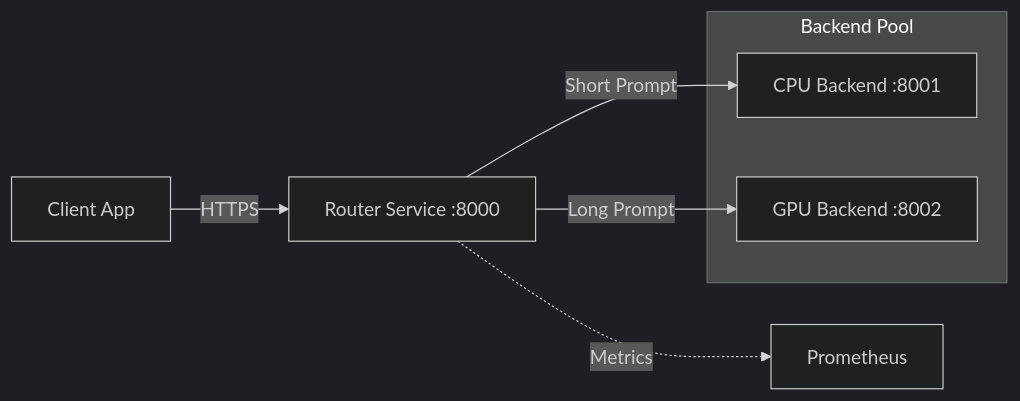
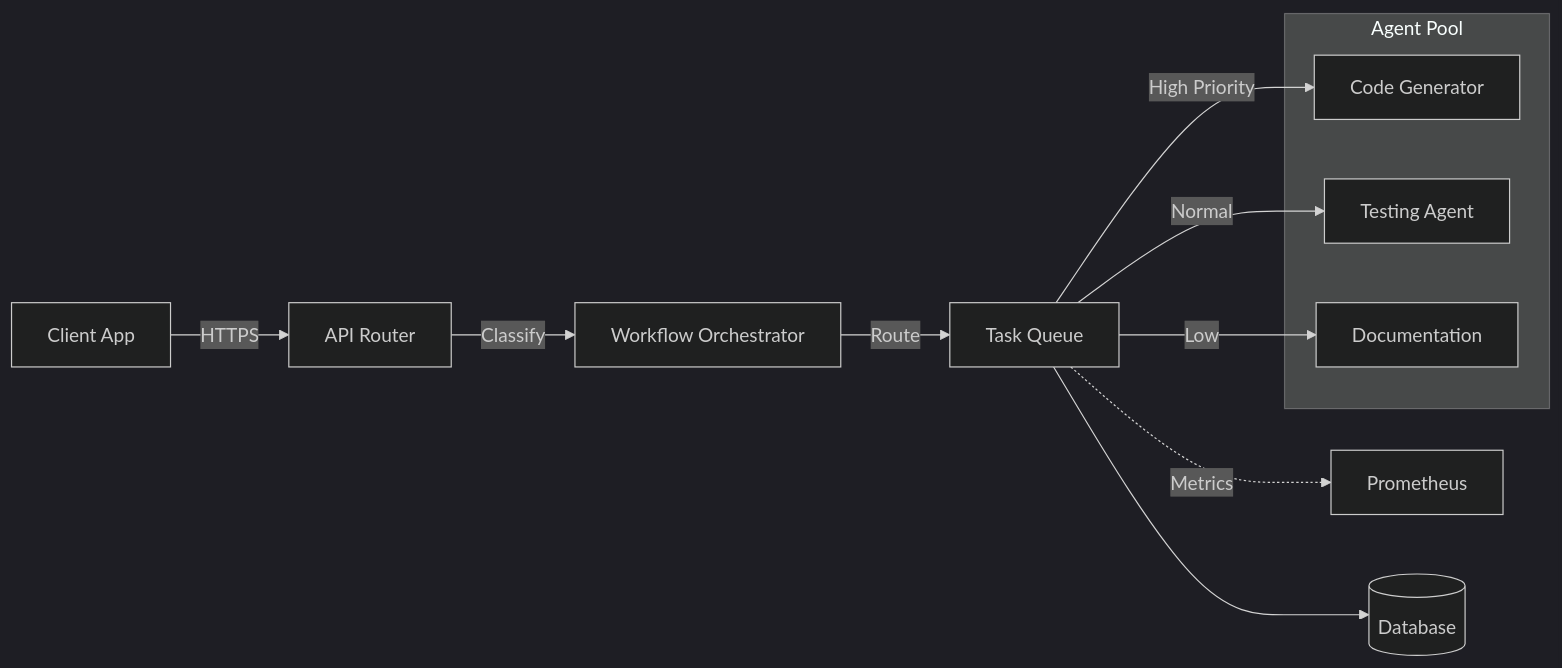
The diagram in README.md (any-oss/Solution), drawn with Mermaid (dark theme) before and after one commit. The commit also changed other lines of this file and 55 other files, not shown here.

````diff
--- a/README.md
+++ b/README.md
@@ -24,13 +43,19 @@
 ```mermaid
 graph LR
-    Client[Client App] -->|HTTPS| Proxy[Router Service :8000]
-    Proxy -->|Short Prompt| CPU[CPU Backend :8001]
-    Proxy -->|Long Prompt| GPU[GPU Backend :8002]
+    Client[Client App] -->|HTTPS| Router[API Router]
+    Router -->|Classify| Orchestrator[Workflow Orchestrator]
+    Orchestrator -->|Route| Queue[Task Queue]
     
-    subgraph "Backend Pool"
-    CPU
-    GPU
+    Queue -->|High Priority| Agent1[Code Generator]
+    Queue -->|Normal| Agent2[Testing Agent]
+    Queue -->|Low| Agent3[Documentation]
+    
+    subgraph "Agent Pool"
+    Agent1
+    Agent2
+    Agent3
     end
     
-    Proxy -.->|Metrics| Prometheus[Prometheus]
+    Queue -.->|Metrics| Prometheus[Prometheus]
+    Queue --> DB[(Database)]
 ```
````
